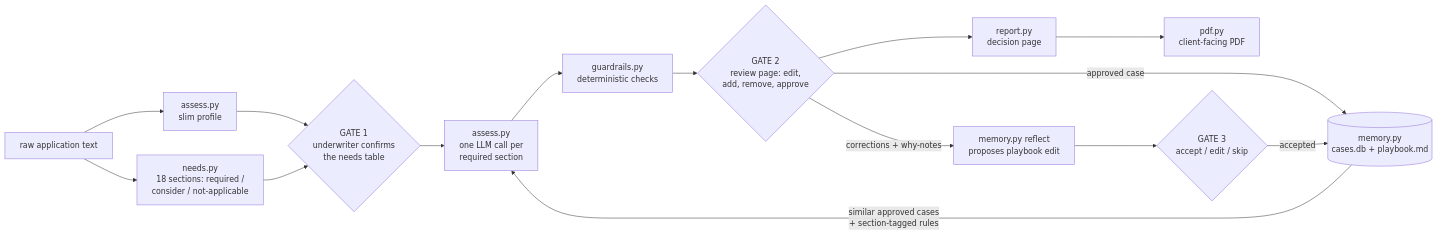
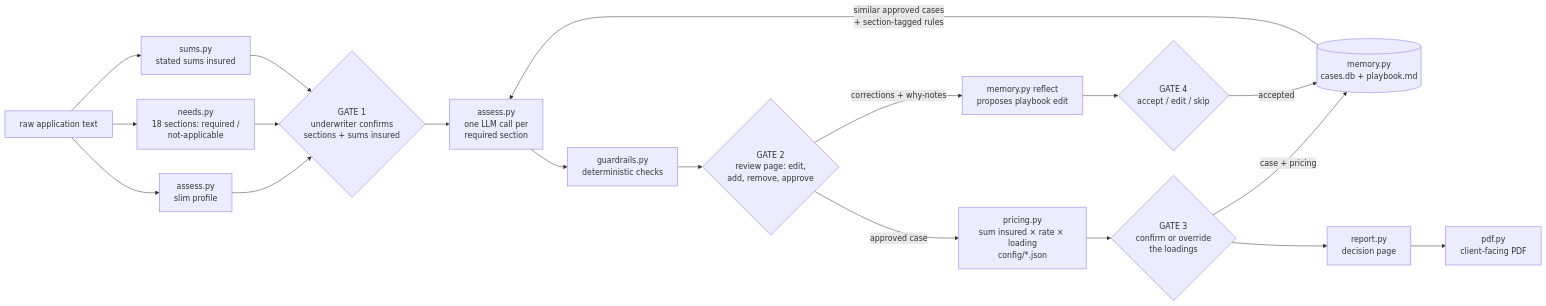
Before and after one commit to GoldenWind8/converge-underwriting: the first of 2 diagrams in docs/ARCHITECTURE.md, drawn with Mermaid. The commit also changed other lines of this file and 28 other files, not shown here.

First line of the commit message:
Add the deterministic pricing engine (Price gate)

````diff
--- a/docs/ARCHITECTURE.md
+++ b/docs/ARCHITECTURE.md
@@ -9,16 +9,20 @@
 ```mermaid
 flowchart LR
     A[raw application text] --> P[assess.py<br/>slim profile]
-    A --> N[needs.py<br/>18 sections: required /<br/>consider / not-applicable]
-    P --> G1{GATE 1<br/>underwriter confirms<br/>the needs table}
+    A --> N[needs.py<br/>18 sections: required /<br/>not-applicable]
+    A --> SI[sums.py<br/>stated sums insured]
+    P --> G1{GATE 1<br/>underwriter confirms<br/>sections + sums insured}
     N --> G1
+    SI --> G1
     G1 --> B[assess.py<br/>one LLM call per<br/>required section]
     M[(memory.py<br/>cases.db + playbook.md)] -->|similar approved cases<br/>+ section-tagged rules| B
     B --> C[guardrails.py<br/>deterministic checks]
     C --> G2{GATE 2<br/>review page: edit,<br/>add, remove, approve}
-    G2 -->|approved case| M
-    G2 --> E[report.py<br/>decision page] --> PDF[pdf.py<br/>client-facing PDF]
+    G2 -->|approved case| PR[pricing.py<br/>sum insured × rate × loading<br/>config/*.json]
+    PR --> G3{GATE 3<br/>confirm or override<br/>the loadings}
+    G3 -->|case + pricing| M
+    G3 --> E[report.py<br/>decision page] --> PDF[pdf.py<br/>client-facing PDF]
     G2 -->|corrections + why-notes| R[memory.py reflect<br/>proposes playbook edit]
-    R --> G3{GATE 3<br/>accept / edit / skip}
-    G3 -->|accepted| M
+    R --> G4{GATE 4<br/>accept / edit / skip}
+    G4 -->|accepted| M
 ```
````
